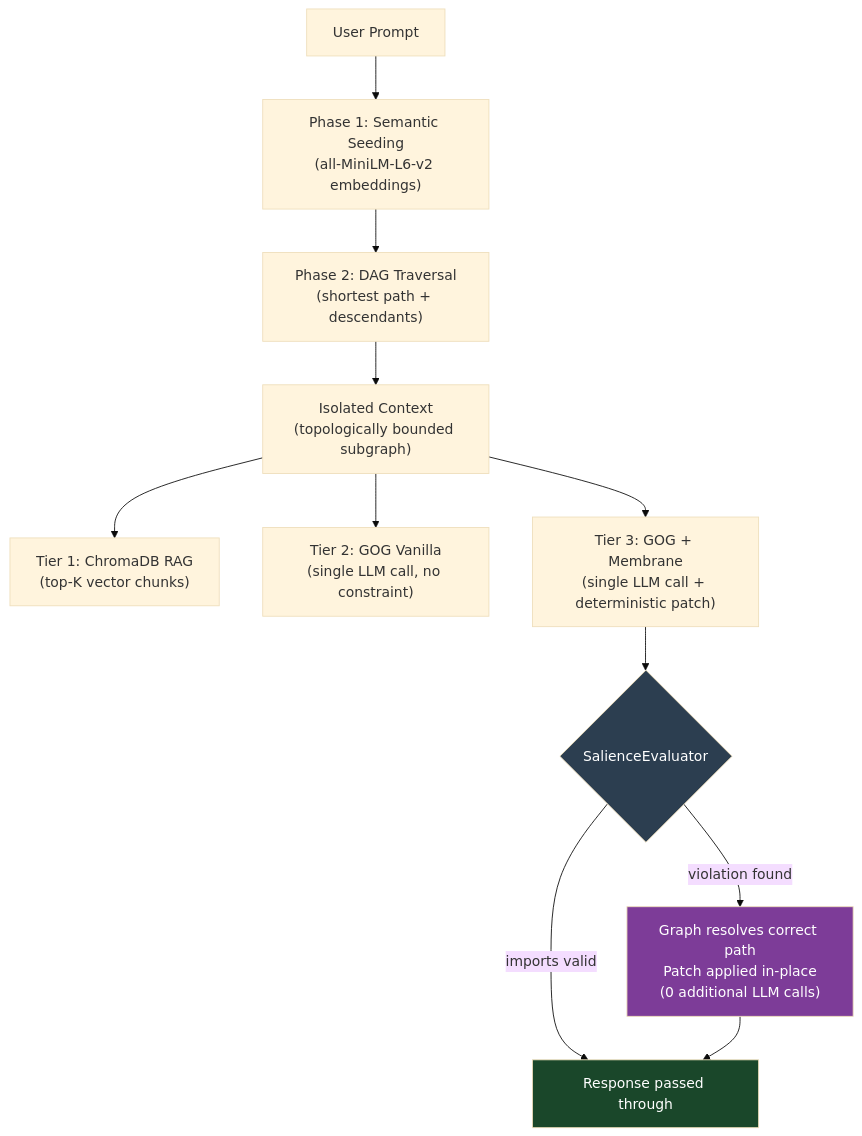
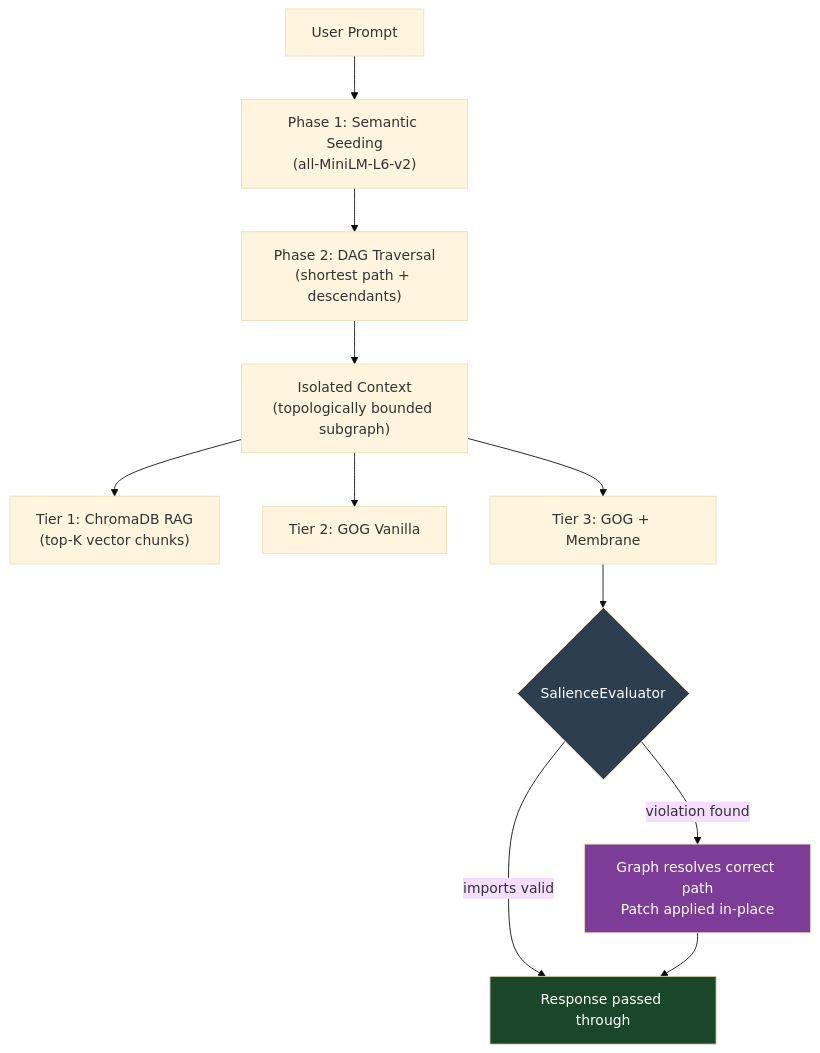
The diagram in README.md (pranavXDHEYY/graph-oriented-generation), drawn with Mermaid (base theme) before and after one commit. The commit also changed other lines of this file, not shown here.

````diff
--- a/README.md
+++ b/README.md
@@ -46,19 +31,16 @@
 ```mermaid
 flowchart TD
-    P["User Prompt"] --> S["Phase 1: Semantic Seeding\n(all-MiniLM-L6-v2 embeddings)"]
+    P["User Prompt"] --> S["Phase 1: Semantic Seeding\n(all-MiniLM-L6-v2)"]
     S --> T["Phase 2: DAG Traversal\n(shortest path + descendants)"]
     T --> ISO["Isolated Context\n(topologically bounded subgraph)"]
-
     ISO --> T1["Tier 1: ChromaDB RAG\n(top-K vector chunks)"]
-    ISO --> T2["Tier 2: GOG Vanilla\n(single LLM call, no constraint)"]
-    ISO --> T3["Tier 3: GOG + Membrane\n(single LLM call + deterministic patch)"]
-
+    ISO --> T2["Tier 2: GOG Vanilla"]
+    ISO --> T3["Tier 3: GOG + Membrane"]
     T3 --> MEM{"SalienceEvaluator"}
     MEM -- "imports valid" --> OUT["Response passed through"]
-    MEM -- "violation found" --> PATCH["Graph resolves correct path\nPatch applied in-place\n(0 additional LLM calls)"]
+    MEM -- "violation found" --> PATCH["Graph resolves correct path\nPatch applied in-place"]
     PATCH --> OUT
-
     style MEM fill:#2c3e50,color:#fff
     style OUT fill:#1a472a,color:#fff
     style PATCH fill:#7d3c98,color:#fff
 ```
````
